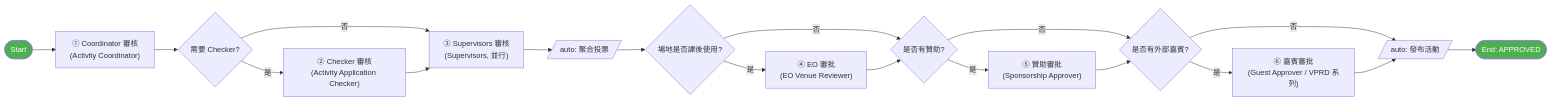
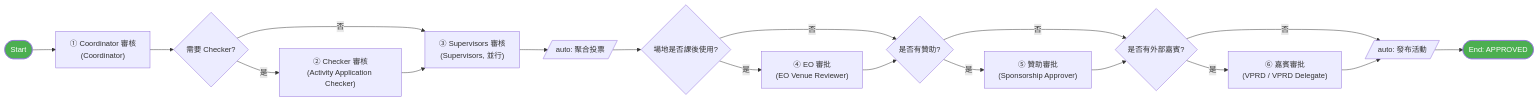
One commit to OneStar-Projects/SLAS-Docs changed the second of 3 diagrams in activity-publish-workflow-design.md. Above: the diagram before and after it, drawn with Mermaid. The commit also changed other lines of this file and 1 other file, not shown here.

Commit message:
docs: update activity workflow documentation

````diff
--- a/activity-publish-workflow-design.md
+++ b/activity-publish-workflow-design.md
@@ -268,24 +274,24 @@
 ```mermaid
 flowchart LR
-    Start(["Start"]) --> A["① Coordinator 審核<br/>(Activity Coordinator)"]
+    Start(["Start"]) --> A["① Coordinator 審核<br/>(Coordinator)"]
     A --> D{需要 Checker?}
     D -->|"是"| E["② Checker 審核<br/>(Activity Application Checker)"]
     D -->|"否"| F
     E --> F["③ Supervisors 審核<br/>(Supervisors, 並行)"]
     F --> FA[/"auto: 聚合投票"/]
     FA --> B{場地是否課後使用?}
     B -->|"是"| C["④ EO 審批<br/>(EO Venue Reviewer)"]
     B -->|"否"| G
     C --> G{是否有贊助?}
     G -->|"是"| H["⑤ 贊助審批<br/>(Sponsorship Approver)"]
     G -->|"否"| I
     H --> I{是否有外部嘉賓?}
-    I -->|"是"| J["⑥ 嘉賓審批<br/>(Guest Approver / VPRD 系列)"]
+    I -->|"是"| J["⑥ 嘉賓審批<br/>(VPRD / VPRD Delegate)"]
     I -->|"否"| Pub
     J --> Pub
     Pub[/"auto: 發布活動"/]
     Pub --> End(["End: APPROVED"])
 
     style Start fill:#4CAF50,color:#fff
     style End fill:#4CAF50,color:#fff
 ```
````
